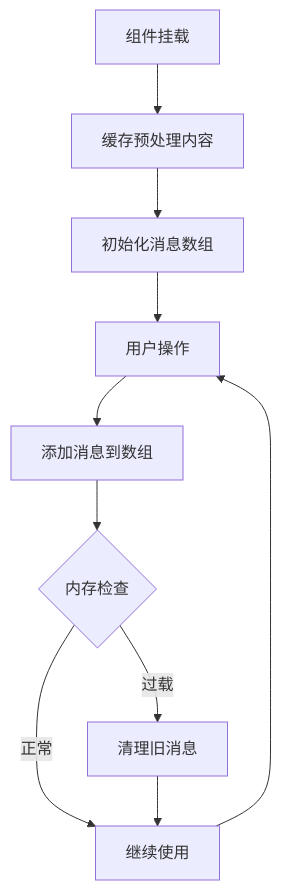
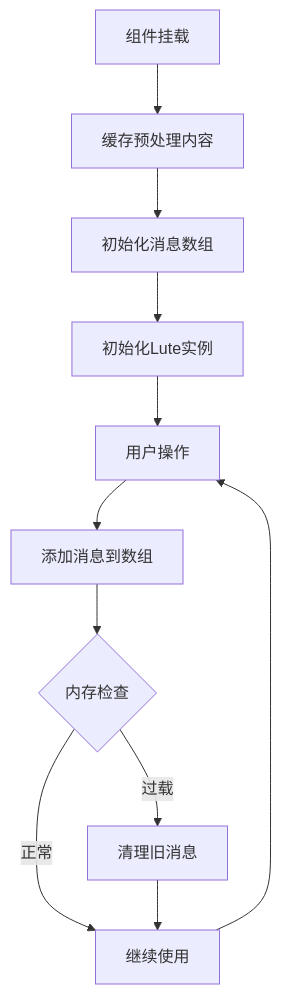
Before and after one commit to terwer/siyuan-plugin-blog: diagram 26 of 27 in .qoder/repowiki/zh/content/核心功能/AI助手系统.md, drawn with Mermaid. The commit also changed other lines of this file and 6 other files, not shown here.

````diff
--- a/.qoder/repowiki/zh/content/核心功能/AI助手系统.md
+++ b/.qoder/repowiki/zh/content/核心功能/AI助手系统.md
@@ -754,12 +915,13 @@
 ```mermaid
 flowchart TD
 Mount[组件挂载] --> CacheContent[缓存预处理内容]
 CacheContent --> InitMessages[初始化消息数组]
-InitMessages --> UserAction[用户操作]
+InitMessages --> InitLute[初始化Lute实例]
+InitLute --> UserAction[用户操作]
 UserAction --> AddMessage[添加消息到数组]
 AddMessage --> MemoryCheck{内存检查}
 MemoryCheck --> |正常| Continue[继续使用]
 MemoryCheck --> |过载| Cleanup[清理旧消息]
 Cleanup --> Continue
 Continue --> UserAction
 ```
````
